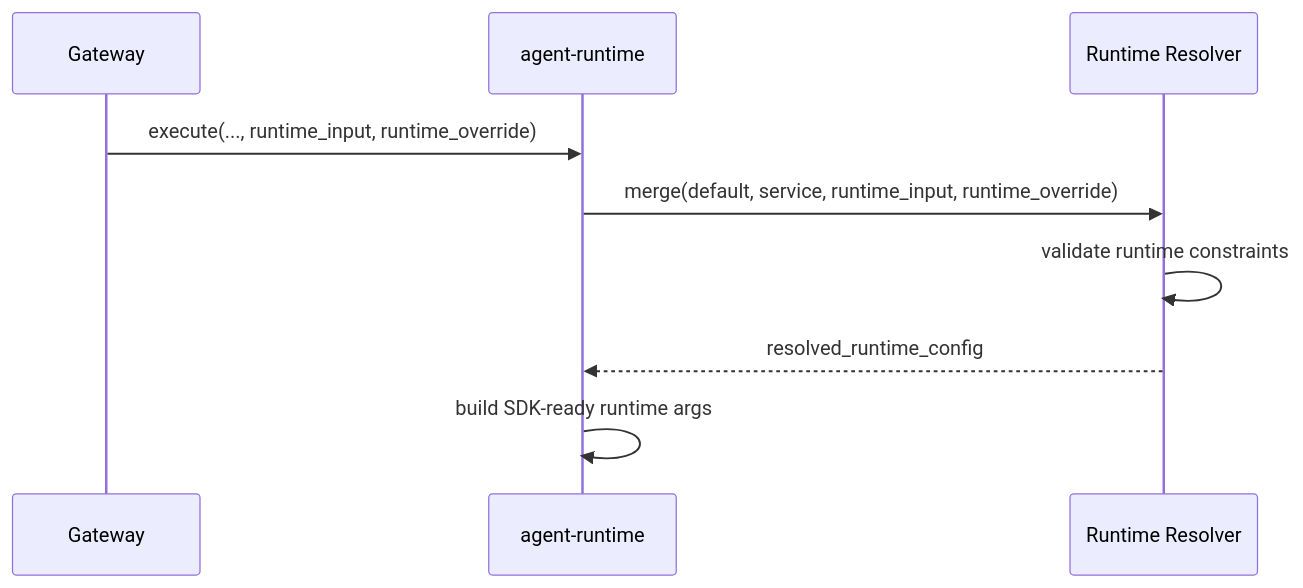
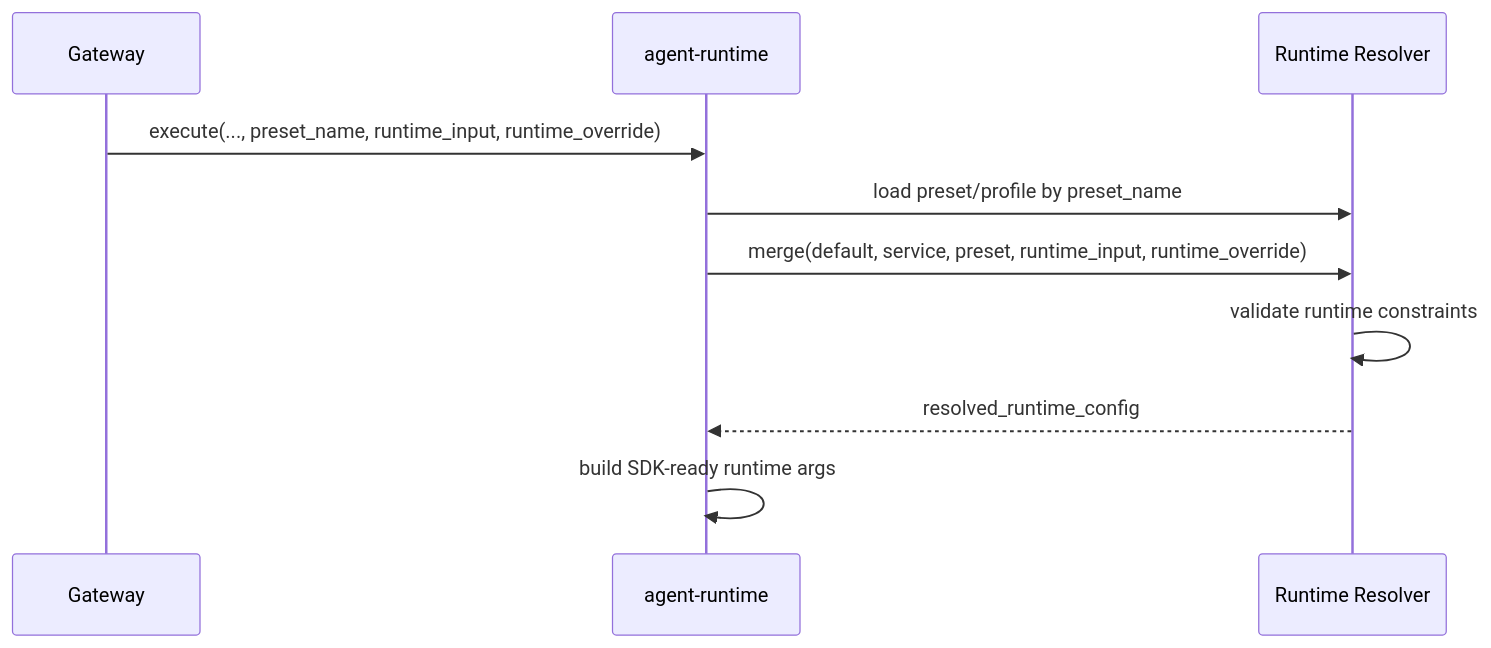
Before and after one commit to Wh1isper/yagap: the second of 2 diagrams in docs/spec/component/agent-runtime/06-config-and-resolver.md, drawn with Mermaid. The commit also changed other lines of this file and 22 other files, not shown here.

````diff
--- a/docs/spec/component/agent-runtime/06-config-and-resolver.md
+++ b/docs/spec/component/agent-runtime/06-config-and-resolver.md
@@ -79,12 +107,13 @@
 ```mermaid
 sequenceDiagram
     participant GW as Gateway
     participant RT as agent-runtime
     participant RS as Runtime Resolver
 
-    GW->>RT: execute(..., runtime_input, runtime_override)
-    RT->>RS: merge(default, service, runtime_input, runtime_override)
+    GW->>RT: execute(..., preset_name, runtime_input, runtime_override)
+    RT->>RS: load preset/profile by preset_name
+    RT->>RS: merge(default, service, preset, runtime_input, runtime_override)
     RS->>RS: validate runtime constraints
     RS-->>RT: resolved_runtime_config
     RT->>RT: build SDK-ready runtime args
 ```
````
